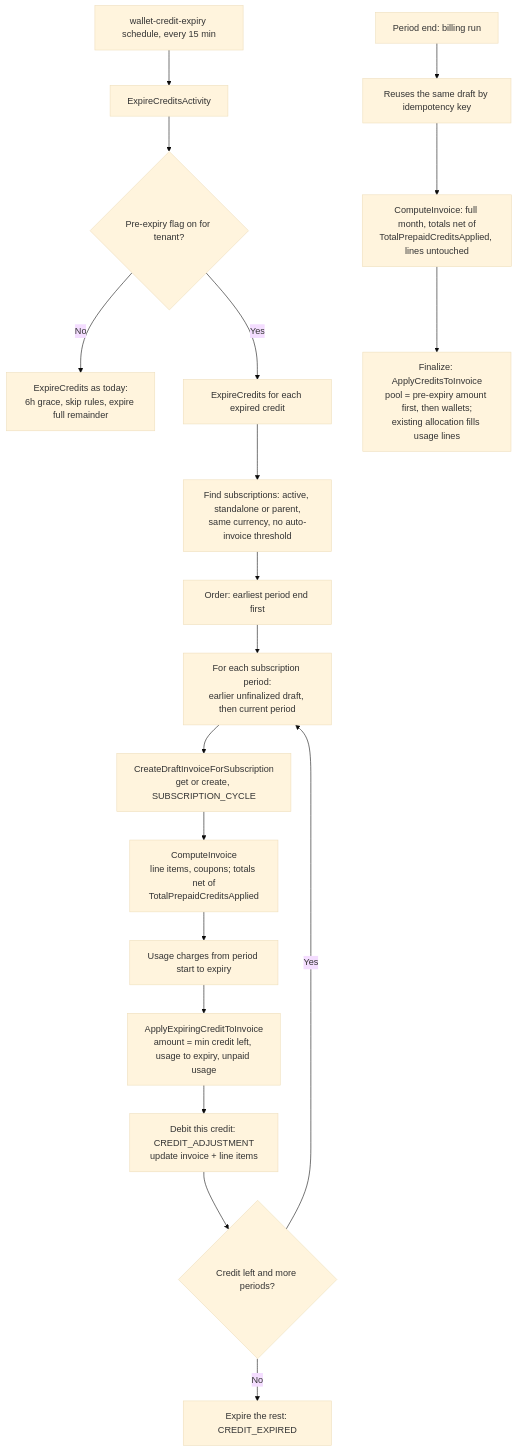
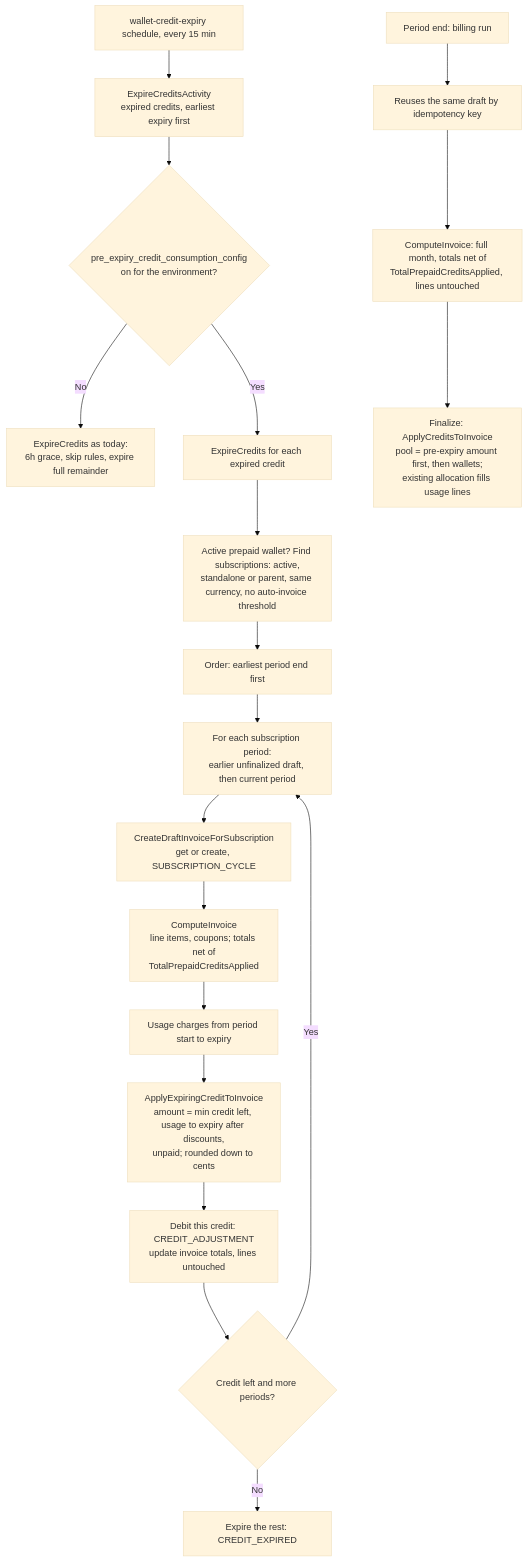
Before and after one commit to flexprice/flexprice: the diagram in docs/design/2026-09-26-mid-period-credit-expiry.md, drawn with Mermaid (base theme). The commit also changed other lines of this file, not shown here.

First line of the commit message:
docs: design for mid-period credit expiry

````diff
--- a/docs/design/2026-09-26-mid-period-credit-expiry.md
+++ b/docs/design/2026-09-26-mid-period-credit-expiry.md
@@ -53,22 +53,22 @@
 ```mermaid
 flowchart TD
-    A[wallet-credit-expiry schedule, every 15 min] --> B[ExpireCreditsActivity]
-    B --> C{Pre-expiry flag on for tenant?}
+    A[wallet-credit-expiry schedule, every 15 min] --> B[ExpireCreditsActivity<br/>expired credits, earliest expiry first]
+    B --> C{pre_expiry_credit_consumption_config<br/>on for the environment?}
     C -- No --> Z[ExpireCredits as today:<br/>6h grace, skip rules, expire full remainder]
     C -- Yes --> D[ExpireCredits for each expired credit]
-    D --> E[Find subscriptions: active, standalone or parent,<br/>same currency, no auto-invoice threshold]
+    D --> E[Active prepaid wallet? Find subscriptions: active,<br/>standalone or parent, same currency, no auto-invoice threshold]
     E --> F[Order: earliest period end first]
     F --> G[For each subscription period:<br/>earlier unfinalized draft, then current period]
     G --> H[CreateDraftInvoiceForSubscription<br/>get or create, SUBSCRIPTION_CYCLE]
     H --> I[ComputeInvoice<br/>line items, coupons; totals net of<br/>TotalPrepaidCreditsApplied]
     I --> J[Usage charges from period start to expiry]
-    J --> K[ApplyExpiringCreditToInvoice<br/>amount = min credit left, usage to expiry, unpaid usage]
-    K --> L[Debit this credit: CREDIT_ADJUSTMENT<br/>update invoice + line items]
+    J --> K[ApplyExpiringCreditToInvoice<br/>amount = min credit left, usage to expiry after discounts,<br/>unpaid; rounded down to cents]
+    K --> L[Debit this credit: CREDIT_ADJUSTMENT<br/>update invoice totals, lines untouched]
     L --> M{Credit left and more periods?}
     M -- Yes --> G
     M -- No --> N[Expire the rest: CREDIT_EXPIRED]
 
     P[Period end: billing run] --> Q[Reuses the same draft by idempotency key]
     Q --> R[ComputeInvoice: full month, totals net of<br/>TotalPrepaidCreditsApplied, lines untouched]
     R --> S[Finalize: ApplyCreditsToInvoice<br/>pool = pre-expiry amount first, then wallets;<br/>existing allocation fills usage lines]
 ```
````
